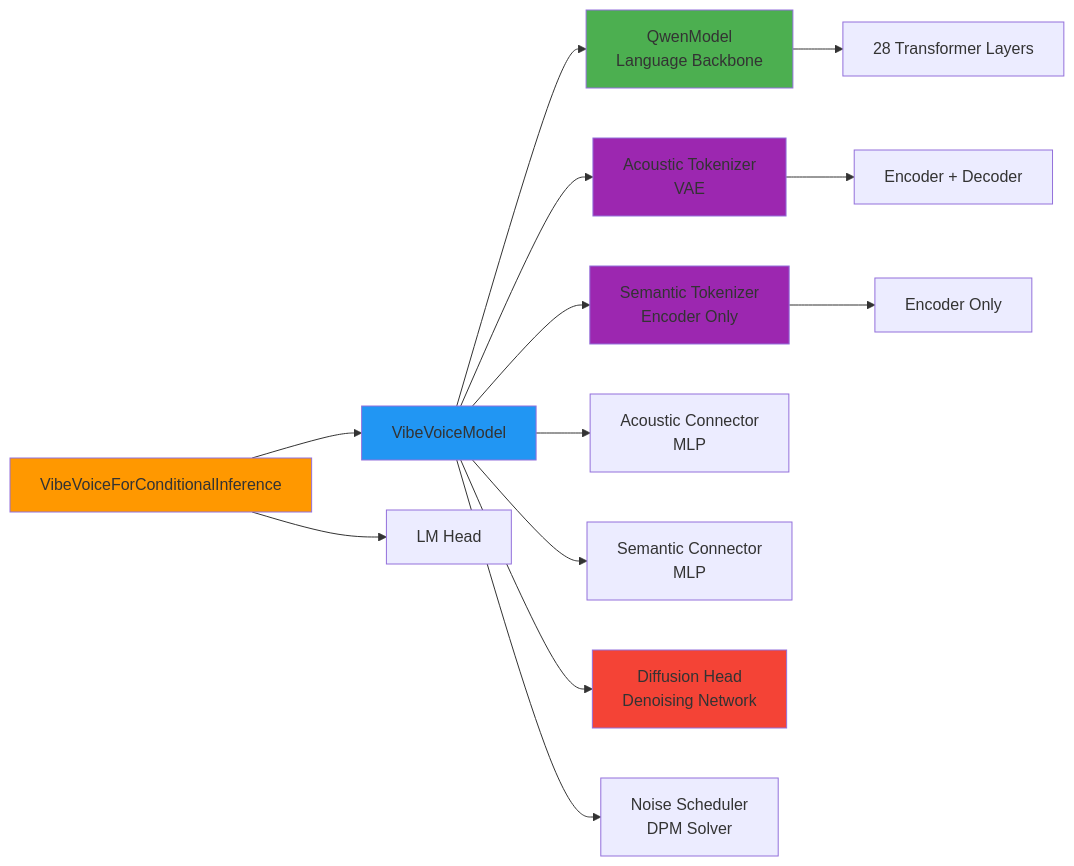
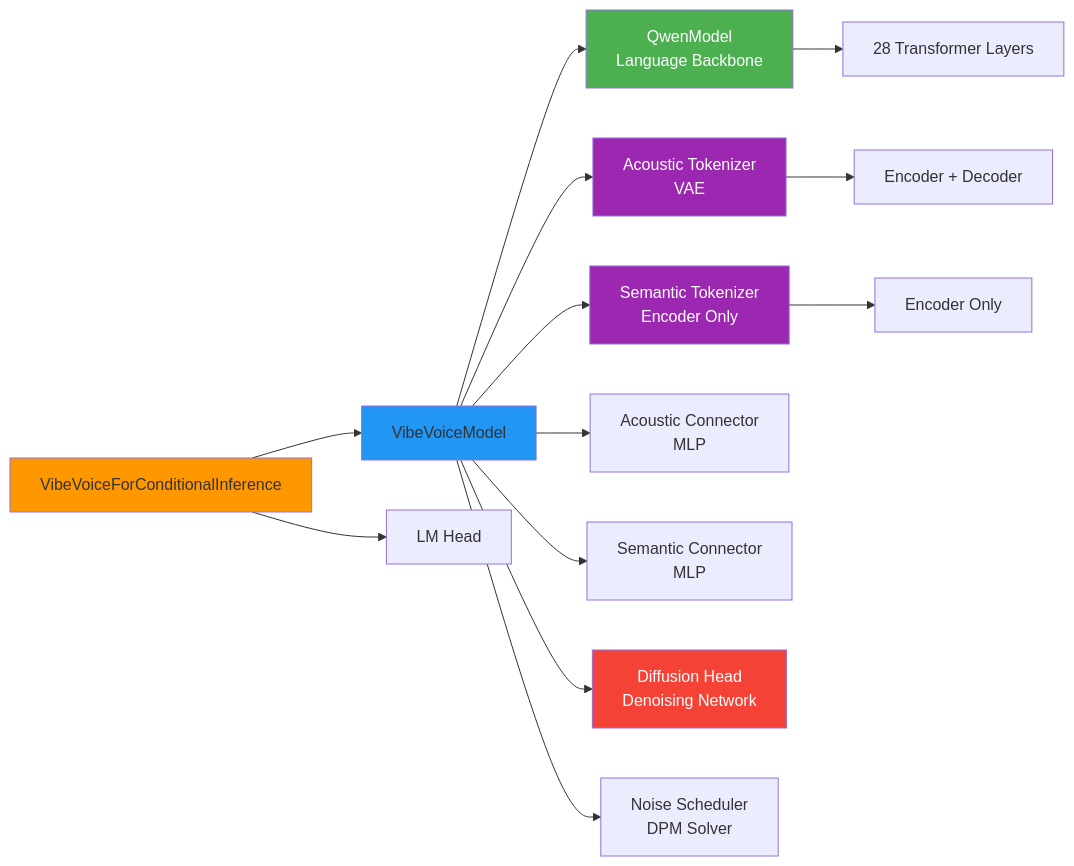
Before and after one commit to zhao-kun/vibevoice: the second of 19 diagrams in docs/vibevoice_inference_architecture.md, drawn with Mermaid. The commit also changed other lines of this file, not shown here.

````diff
--- a/docs/vibevoice_inference_architecture.md
+++ b/docs/vibevoice_inference_architecture.md
@@ -71,24 +71,24 @@
 ```mermaid
 graph LR
     A[VibeVoiceForConditionalInference] --> B[VibeVoiceModel]
     A --> C[LM Head]
 
     B --> D[QwenModel<br/>Language Backbone]
     B --> E[Acoustic Tokenizer<br/>VAE]
     B --> F[Semantic Tokenizer<br/>Encoder Only]
     B --> G[Acoustic Connector<br/>MLP]
     B --> H[Semantic Connector<br/>MLP]
     B --> I[Diffusion Head<br/>Denoising Network]
     B --> J[Noise Scheduler<br/>DPM Solver]
 
     D --> K[28 Transformer Layers]
     E --> L[Encoder + Decoder]
     F --> M[Encoder Only]
 
     style A fill:#ff9800
     style B fill:#2196f3
-    style D fill:#4caf50
-    style E fill:#9c27b0
-    style F fill:#9c27b0
-    style I fill:#f44336
+    style D fill:#4caf50, color:#FFFFFF
+    style E fill:#9c27b0, color:#FFFFFF
+    style F fill:#9c27b0, color:#FFFFFF
+    style I fill:#f44336, color:#FFFFFF
 ```
````
